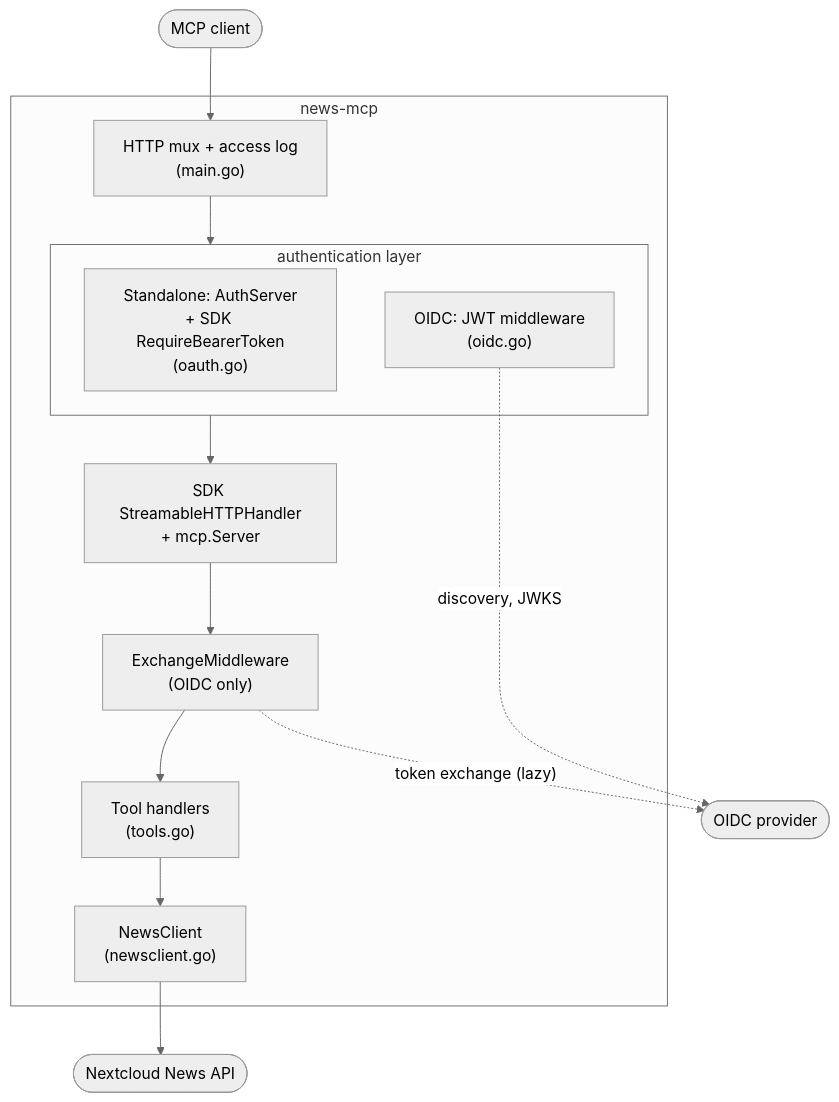
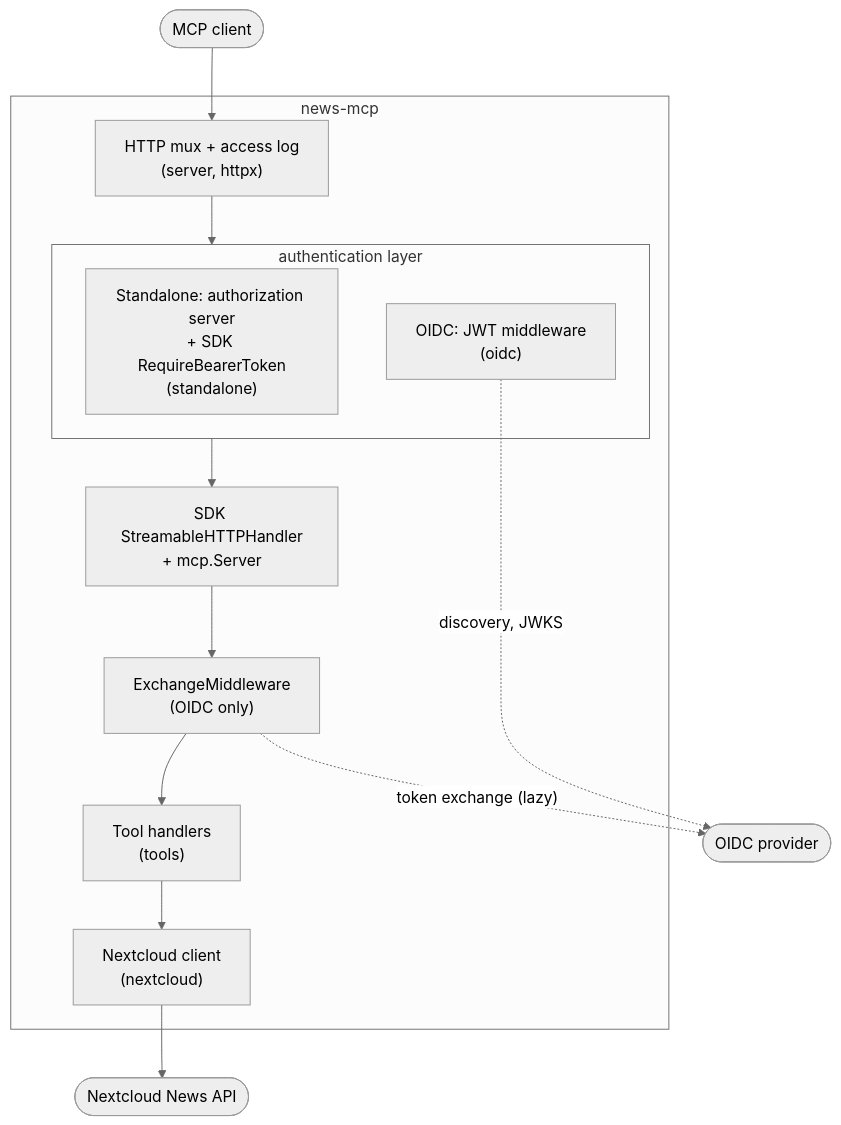
One commit to mrdev023/mcp-nextcloud changed the first of 3 diagrams in docs/architecture.md. Above: the diagram before and after it, drawn with Mermaid (neutral theme). The commit also changed other lines of this file, not shown here.

First line of the commit message:
docs: Update architecture for the package layout

````diff
--- a/docs/architecture.md
+++ b/docs/architecture.md
@@ -23,21 +26,21 @@
 ```mermaid
 flowchart TB
     client([MCP client])
     subgraph news-mcp
-        mux["HTTP mux + access log<br/>(main.go)"]
+        mux["HTTP mux + access log<br/>(server, httpx)"]
         subgraph auth [authentication layer]
-            sa["Standalone: AuthServer<br/>+ SDK RequireBearerToken<br/>(oauth.go)"]
-            oi["OIDC: JWT middleware<br/>(oidc.go)"]
+            sa["Standalone: authorization server<br/>+ SDK RequireBearerToken<br/>(standalone)"]
+            oi["OIDC: JWT middleware<br/>(oidc)"]
         end
         sdk["SDK StreamableHTTPHandler<br/>+ mcp.Server"]
         ex["ExchangeMiddleware<br/>(OIDC only)"]
-        tools["Tool handlers<br/>(tools.go)"]
-        nc["NewsClient<br/>(newsclient.go)"]
+        tools["Tool handlers<br/>(tools)"]
+        nc["Nextcloud client<br/>(nextcloud)"]
     end
     idp([OIDC provider])
     nextcloud([Nextcloud News API])
 
     client --> mux --> auth --> sdk --> ex --> tools --> nc --> nextcloud
     oi -. "discovery, JWKS" .-> idp
     ex -. "token exchange (lazy)" .-> idp
 ```
````
